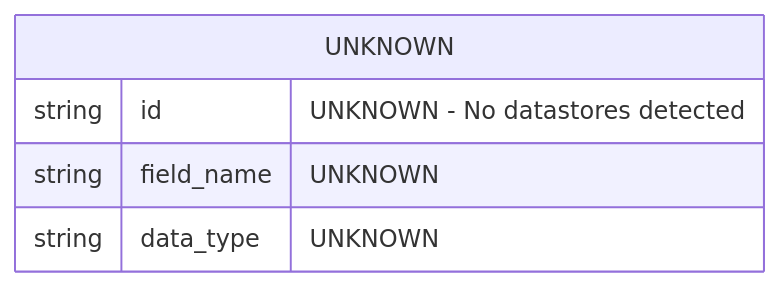
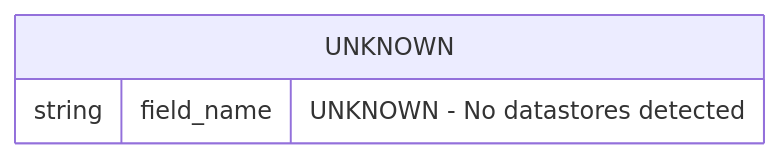
One commit to dshills/witness changed the diagram in docs/diagrams/data-model.mmd. Above: the diagram before and after it, drawn with Mermaid. The commit also changed 20 other files, not shown here.

```diff
--- a/docs/diagrams/data-model.mmd
+++ b/docs/diagrams/data-model.mmd
@@ -1,6 +1,4 @@
 erDiagram
     UNKNOWN {
-        string id "UNKNOWN - No datastores detected"
-        string field_name "UNKNOWN"
-        string data_type "UNKNOWN"
+        string field_name "UNKNOWN - No datastores detected"
     }
```
